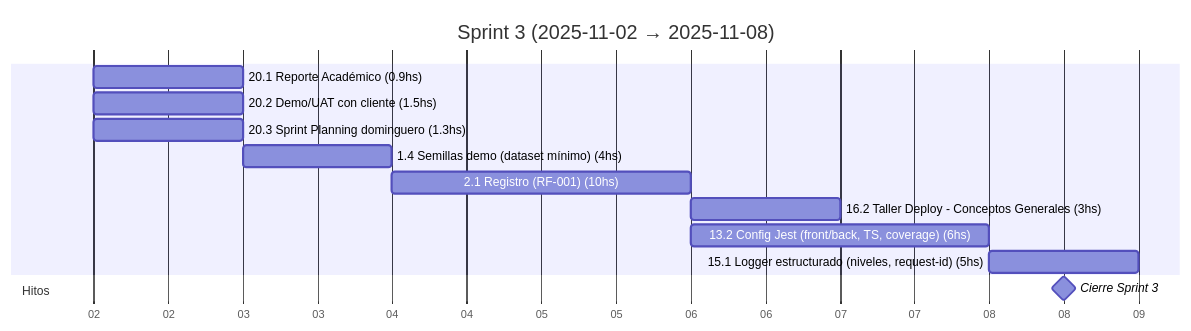
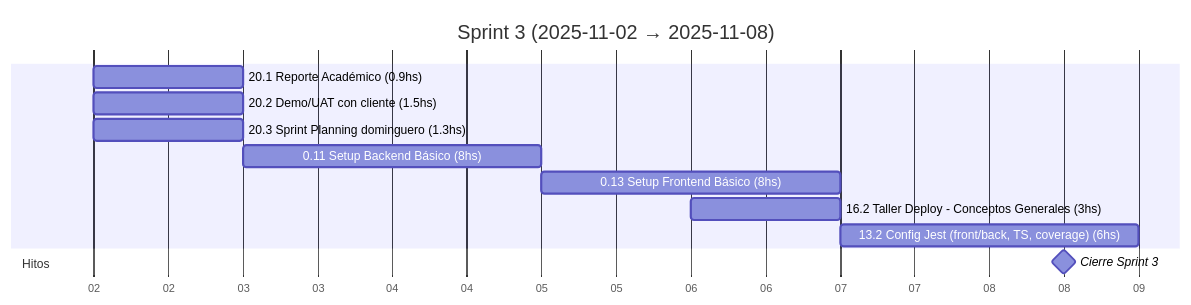
One commit to MarkMed/FleetMan changed the fourth of 18 diagrams in docs/SprintsGantts.md. Above: the diagram before and after it, drawn with Mermaid. The commit also changed 2 other files, not shown here.

Commit message:
fix: Update sprint planning and WBS documentation with new tasks and estimated hours

````diff
--- a/docs/SprintsGantts.md
+++ b/docs/SprintsGantts.md
@@ -103,20 +103,19 @@
 ```mermaid
 gantt
   title Sprint 3 (2025-11-02 → 2025-11-08)
   dateFormat  YYYY-MM-DD
   axisFormat  %d
 
   %% Asumimos 5 h/día. Horas estimadas incluidas en el nombre.
 
   20.1 Reporte Académico (0.9hs)               :t201, 2025-11-02, 1d
   20.2 Demo/UAT con cliente (1.5hs)            :t202, 2025-11-02, 1d
   20.3 Sprint Planning dominguero (1.3hs)      :t203, 2025-11-02, 1d
-  1.4 Semillas demo (dataset mínimo) (4hs)     :t14, after t203, 1d
-  2.1 Registro (RF-001) (10hs)                 :t21, after t14, 2d
+  0.11 Setup Backend Básico (8hs)              :t011, after t203, 2d
+  0.13 Setup Frontend Básico (8hs)             :t013, after t011, 2d
   16.2 Taller Deploy - Conceptos Generales (3hs) :t162, 2025-11-06, 1d
-  13.2 Config Jest (front/back, TS, coverage) (6hs) :t132, after t21, 2d
-  15.1 Logger estructurado (niveles, request-id) (5hs) :t151, after t132, 1d
+  13.2 Config Jest (front/back, TS, coverage) (6hs) :t132, after t013, 2d
 
   section Hitos
   Cierre Sprint 3                              :milestone, s3, 2025-11-08, 1d
 ```
````
